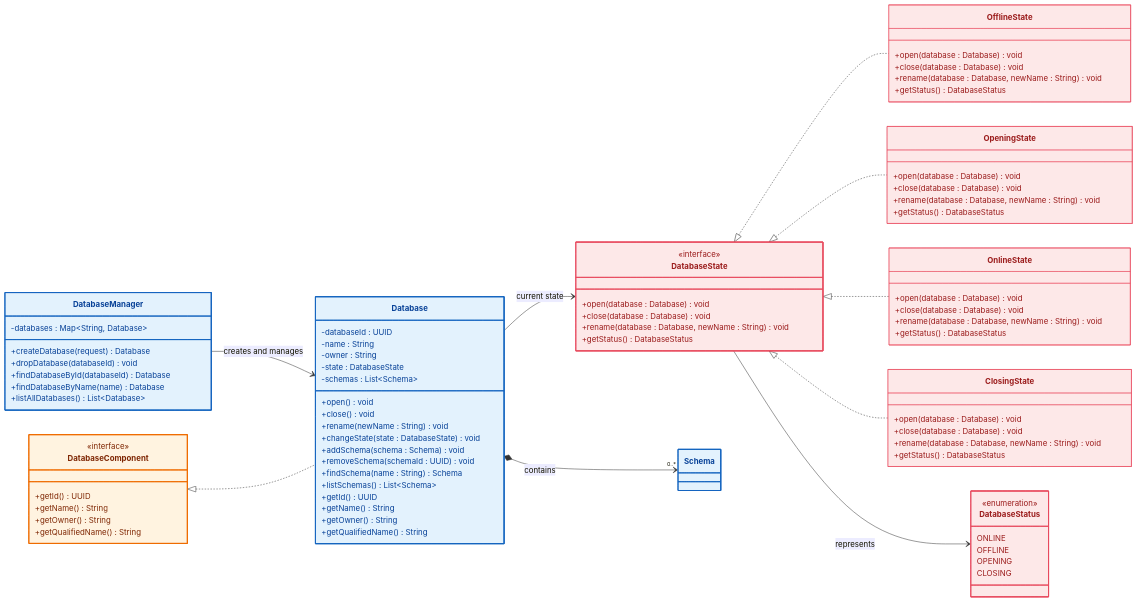
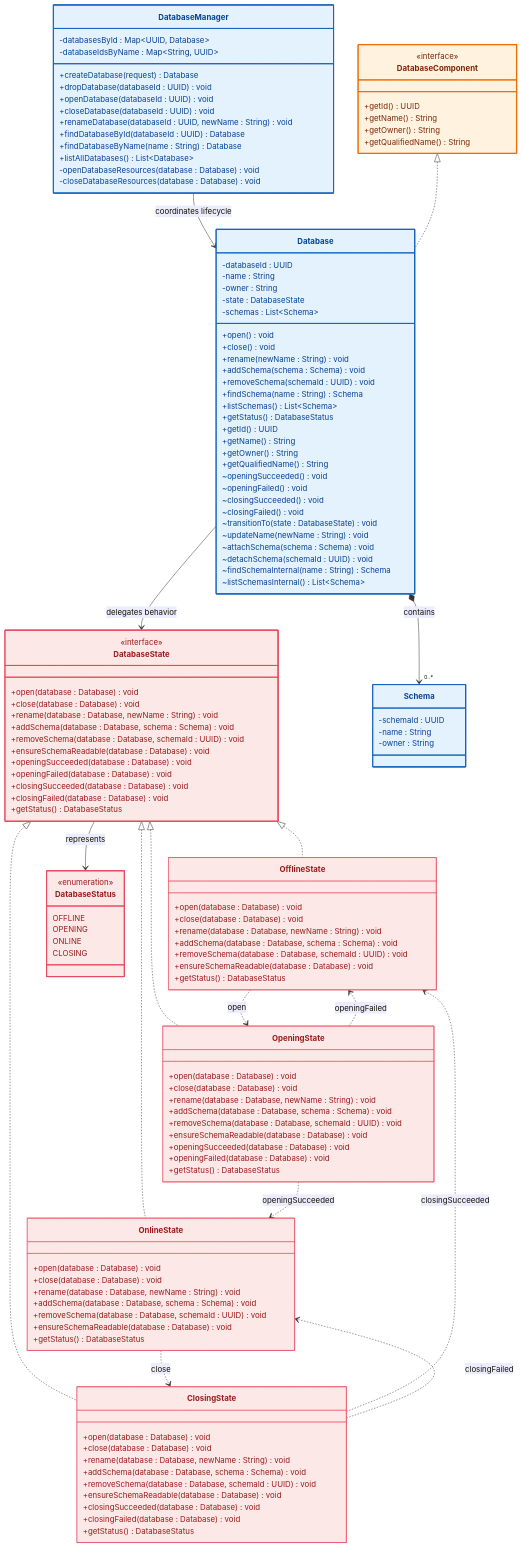
Before and after one commit to Huy1801214/dbms-architecture: the third of 15 diagrams in docs/pattern/README.md, drawn with Mermaid. The commit also changed other lines of this file and 23 other files, not shown here.

Commit message:
implement indexing architecture with support for BTree, Hash, and Bitmap access methods

````diff
--- a/docs/pattern/README.md
+++ b/docs/pattern/README.md
@@ -999,16 +1193,33 @@
 ```mermaid
 classDiagram
-direction LR
+direction TB
+
+%% =====================================================
+%% Lifecycle Coordinator
+%% =====================================================
 
 class DatabaseManager {
-    -databases : Map~String, Database~
+    -databasesById : Map~UUID, Database~
+    -databaseIdsByName : Map~String, UUID~
 
     +createDatabase(request) Database
-    +dropDatabase(databaseId) void
-    +findDatabaseById(databaseId) Database
-    +findDatabaseByName(name) Database
+    +dropDatabase(databaseId : UUID) void
+
+    +openDatabase(databaseId : UUID) void
+    +closeDatabase(databaseId : UUID) void
+    +renameDatabase(databaseId : UUID, newName : String) void
+
+    +findDatabaseById(databaseId : UUID) Database
+    +findDatabaseByName(name : String) Database
     +listAllDatabases() List~Database~
+
+    -openDatabaseResources(database : Database) void
+    -closeDatabaseResources(database : Database) void
 }
+
+%% =====================================================
+%% Database Component
+%% =====================================================
 
 class DatabaseComponent {
     <<interface>>
@@ -1018,6 +1229,10 @@
     +getOwner() String
     +getQualifiedName() String
 }
+
+%% =====================================================
+%% Context
+%% =====================================================
 
 class Database {
     -databaseId : UUID
@@ -1029,18 +1244,35 @@
     +open() void
     +close() void
     +rename(newName : String) void
-    +changeState(state : DatabaseState) void
 
     +addSchema(schema : Schema) void
     +removeSchema(schemaId : UUID) void
     +findSchema(name : String) Schema
     +listSchemas() List~Schema~
 
+    +getStatus() DatabaseStatus
+
     +getId() UUID
     +getName() String
     +getOwner() String
     +getQualifiedName() String
+
+    ~openingSucceeded() void
+    ~openingFailed() void
+    ~closingSucceeded() void
+    ~closingFailed() void
+
+    ~transitionTo(state : DatabaseState) void
+    ~updateName(newName : String) void
+    ~attachSchema(schema : Schema) void
+    ~detachSchema(schemaId : UUID) void
+    ~findSchemaInternal(name : String) Schema
+    ~listSchemasInternal() List~Schema~
 }
+
+%% =====================================================
+%% State Interface
+%% =====================================================
 
 class DatabaseState {
     <<interface>>
@@ -1048,13 +1280,30 @@
     +open(database : Database) void
     +close(database : Database) void
     +rename(database : Database, newName : String) void
+
+    +addSchema(database : Database, schema : Schema) void
+    +removeSchema(database : Database, schemaId : UUID) void
+    +ensureSchemaReadable(database : Database) void
+
+    +openingSucceeded(database : Database) void
+    +openingFailed(database : Database) void
+    +closingSucceeded(database : Database) void
+    +closingFailed(database : Database) void
+
     +getStatus() DatabaseStatus
 }
+
+%% =====================================================
+%% Concrete States
+%% =====================================================
 
 class OfflineState {
     +open(database : Database) void
     +close(database : Database) void
     +rename(database : Database, newName : String) void
+    +addSchema(database : Database, schema : Schema) void
+    +removeSchema(database : Database, schemaId : UUID) void
+    +ensureSchemaReadable(database : Database) void
     +getStatus() DatabaseStatus
 }
 
@@ -1062,6 +1311,13 @@
     +open(database : Database) void
     +close(database : Database) void
     +rename(database : Database, newName : String) void
+    +addSchema(database : Database, schema : Schema) void
+    +removeSchema(database : Database, schemaId : UUID) void
+    +ensureSchemaReadable(database : Database) void
+
+    +openingSucceeded(database : Database) void
+    +openingFailed(database : Database) void
+
     +getStatus() DatabaseStatus
 }
 
@@ -1069,6 +1325,9 @@
     +open(database : Database) void
     +close(database : Database) void
     +rename(database : Database, newName : String) void
+    +addSchema(database : Database, schema : Schema) void
+    +removeSchema(database : Database, schemaId : UUID) void
+    +ensureSchemaReadable(database : Database) void
     +getStatus() DatabaseStatus
 }
 
@@ -1076,36 +1335,74 @@
     +open(database : Database) void
     +close(database : Database) void
     +rename(database : Database, newName : String) void
+    +addSchema(database : Database, schema : Schema) void
+    +removeSchema(database : Database, schemaId : UUID) void
+    +ensureSchemaReadable(database : Database) void
+
+    +closingSucceeded(database : Database) void
+    +closingFailed(database : Database) void
+
     +getStatus() DatabaseStatus
 }
+
+%% =====================================================
+%% Status
+%% =====================================================
 
 class DatabaseStatus {
     <<enumeration>>
 
-    ONLINE
     OFFLINE
     OPENING
+    ONLINE
     CLOSING
 }
 
-class Schema
+%% =====================================================
+%% Schema
+%% =====================================================
 
-DatabaseManager --> Database : creates and manages
+class Schema {
+    -schemaId : UUID
+    -name : String
+    -owner : String
+}
+
+%% =====================================================
+%% Main Relationships
+%% =====================================================
+
+DatabaseManager --> Database : coordinates lifecycle
+
 DatabaseComponent <|.. Database
+Database *--> "0..*" Schema : contains
 
-Database --> DatabaseState : current state
+Database --> DatabaseState : delegates behavior
+DatabaseState --> DatabaseStatus : represents
+
 DatabaseState <|.. OfflineState
 DatabaseState <|.. OpeningState
 DatabaseState <|.. OnlineState
 DatabaseState <|.. ClosingState
 
-DatabaseState --> DatabaseStatus : represents
-Database *--> "0..*" Schema : contains
+%% =====================================================
+%% Valid State Transitions
+%% =====================================================
+
+OfflineState ..> OpeningState : open
+OpeningState ..> OnlineState : openingSucceeded
+OpeningState ..> OfflineState : openingFailed
+
+OnlineState ..> ClosingState : close
+ClosingState ..> OfflineState : closingSucceeded
+ClosingState ..> OnlineState : closingFailed
 
 %% =====================================================
 %% Styling
 %% =====================================================
+
 style DatabaseComponent fill:#fff3e0,stroke:#ef6c00,stroke-width:2px,color:#7f2704
+
 style DatabaseManager fill:#e3f2fd,stroke:#1565c0,stroke-width:2px,color:#084298
 style Database fill:#e3f2fd,stroke:#1565c0,stroke-width:2px,color:#084298
 style Schema fill:#e3f2fd,stroke:#1565c0,stroke-width:2px,color:#084298
````
